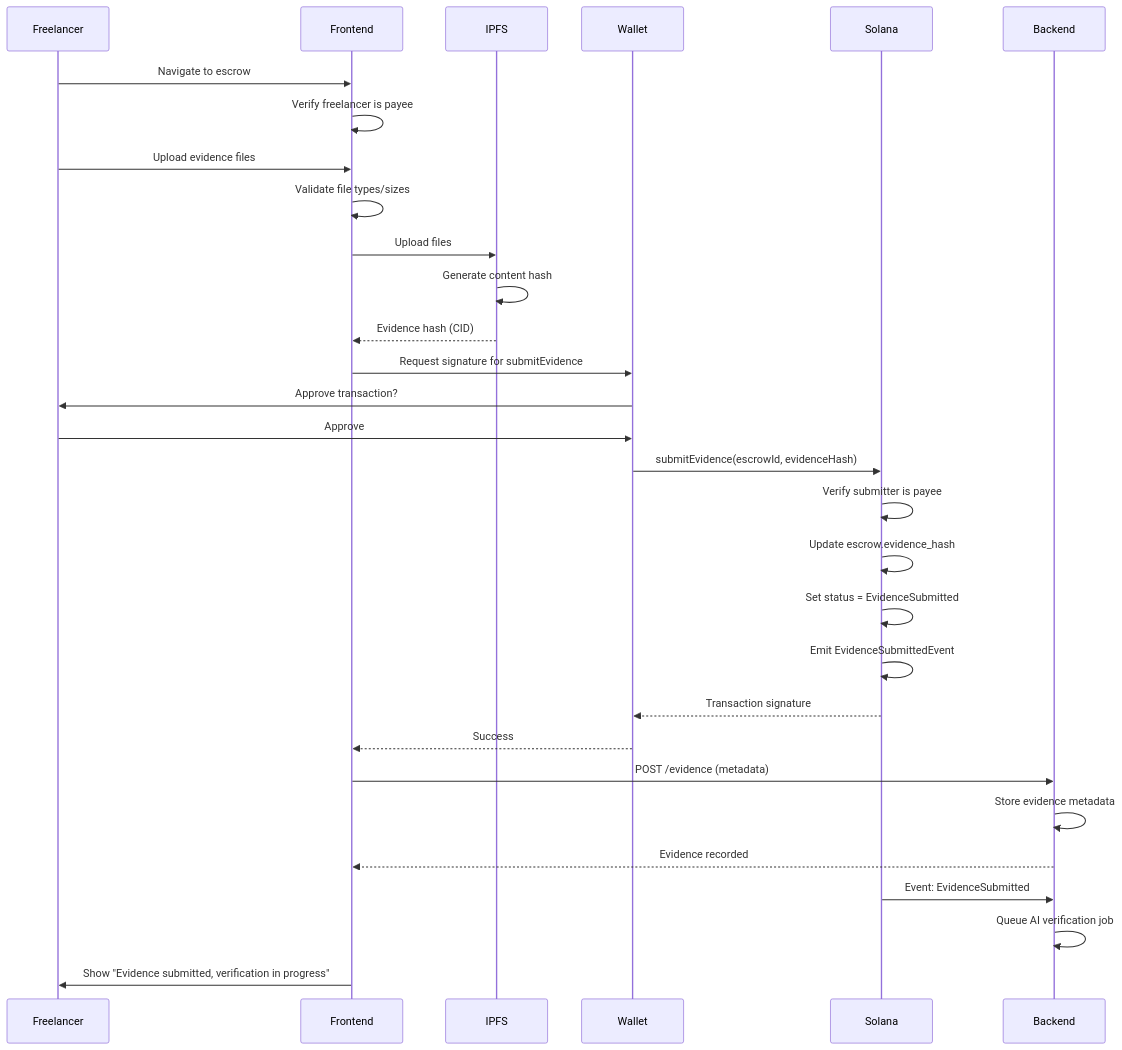
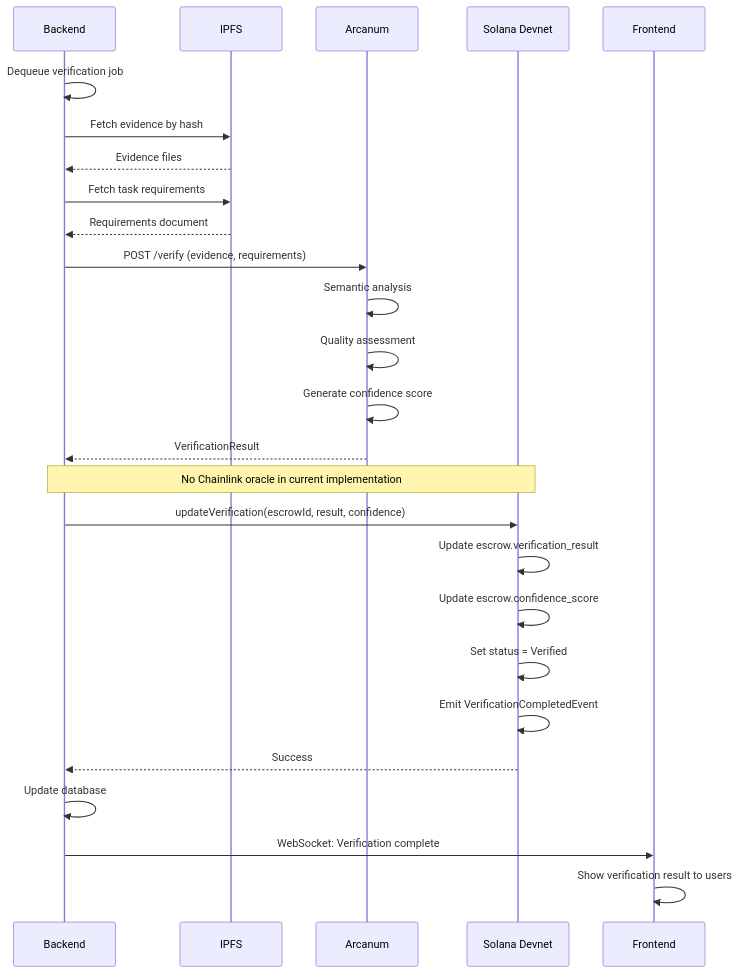
One commit to De-real-iManuel/aetherlock-docs changed the seventh of 14 diagrams in technical-architecture.mdx. Above: the diagram before and after it, drawn with Mermaid. The commit also changed other lines of this file and 144 other files, not shown here.

````diff
--- a/technical-architecture.mdx
+++ b/technical-architecture.mdx
@@ -1601,39 +1175,33 @@
 ```mermaid
 sequenceDiagram
-    participant Freelancer
+    participant Backend
+    participant IPFS
+    participant Arcanum
+    participant Solana as Solana Devnet
     participant Frontend
-    participant IPFS
-    participant Wallet
-    participant Solana
-    participant Backend
     
-    Freelancer->>Frontend: Navigate to escrow
-    Frontend->>Frontend: Verify freelancer is payee
-    Freelancer->>Frontend: Upload evidence files
+    Backend->>Backend: Dequeue verification job
+    Backend->>IPFS: Fetch evidence by hash
+    IPFS-->>Backend: Evidence files
     
-    Frontend->>Frontend: Validate file types/sizes
-    Frontend->>IPFS: Upload files
-    IPFS->>IPFS: Generate content hash
-    IPFS-->>Frontend: Evidence hash (CID)
+    Backend->>IPFS: Fetch task requirements
+    IPFS-->>Backend: Requirements document
     
-    Frontend->>Wallet: Request signature for submitEvidence
-    Wallet->>Freelancer: Approve transaction?
-    Freelancer->>Wallet: Approve
+    Backend->>Arcanum: POST /verify (evidence, requirements)
+    Arcanum->>Arcanum: Semantic analysis
+    Arcanum->>Arcanum: Quality assessment
+    Arcanum->>Arcanum: Generate confidence score
+    Arcanum-->>Backend: VerificationResult
     
-    Wallet->>Solana: submitEvidence(escrowId, evidenceHash)
-    Solana->>Solana: Verify submitter is payee
-    Solana->>Solana: Update escrow.evidence_hash
-    Solana->>Solana: Set status = EvidenceSubmitted
-    Solana->>Solana: Emit EvidenceSubmittedEvent
-    Solana-->>Wallet: Transaction signature
+    Note over Backend,Solana: No Chainlink oracle in current implementation
+    Backend->>Solana: updateVerification(escrowId, result, confidence)
+    Solana->>Solana: Update escrow.verification_result
+    Solana->>Solana: Update escrow.confidence_score
+    Solana->>Solana: Set status = Verified
+    Solana->>Solana: Emit VerificationCompletedEvent
+    Solana-->>Backend: Success
     
-    Wallet-->>Frontend: Success
-    Frontend->>Backend: POST /evidence (metadata)
-    Backend->>Backend: Store evidence metadata
-    Backend-->>Frontend: Evidence recorded
-    
-    Solana->>Backend: Event: EvidenceSubmitted
-    Backend->>Backend: Queue AI verification job
-    
-    Frontend->>Freelancer: Show "Evidence submitted, verification in progress"
+    Backend->>Backend: Update database
+    Backend->>Frontend: WebSocket: Verification complete
+    Frontend->>Frontend: Show verification result to users
 ```
````
